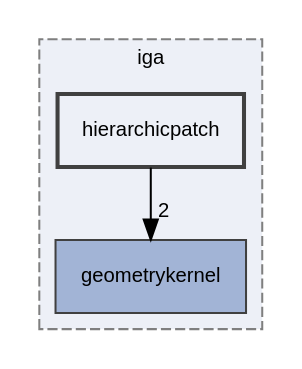
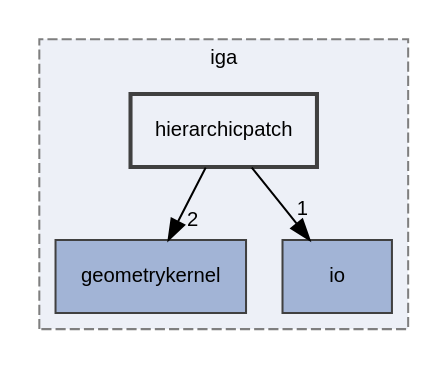
The diagram in dir_12fc9e68aad46ae2d80ba50ef1c96d76_dep.dot (rath3t/dune-iga-doc), drawn with Graphviz before and after one commit. The commit also changed 1615 other files, not shown here.

```diff
--- a/dir_12fc9e68aad46ae2d80ba50ef1c96d76_dep.dot
+++ b/dir_12fc9e68aad46ae2d80ba50ef1c96d76_dep.dot
@@ -1,13 +1,15 @@
 digraph "hierarchicpatch"
 {
  // LATEX_PDF_SIZE
   edge [fontname="Helvetica",fontsize="10",labelfontname="Helvetica",labelfontsize="10"];
   node [fontname="Helvetica",fontsize="10",shape=record];
   compound=true
   subgraph clusterdir_d2a3c23294a1b1015b1b8e8721ddded8 {
     graph [ bgcolor="#edf0f7", pencolor="grey50", style="filled,dashed,", label="iga", fontname="Helvetica", fontsize="10", URL="dir_d2a3c23294a1b1015b1b8e8721ddded8.html"]
   dir_98571e7345f7327fea7723ec1a12d870 [shape=box, label="geometrykernel", style="filled,", fillcolor="#a2b4d6", color="grey25", URL="dir_98571e7345f7327fea7723ec1a12d870.html"];
+  dir_c3ccff8517fbe337b2b8ad503c3a1590 [shape=box, label="io", style="filled,", fillcolor="#a2b4d6", color="grey25", URL="dir_c3ccff8517fbe337b2b8ad503c3a1590.html"];
   dir_12fc9e68aad46ae2d80ba50ef1c96d76 [shape=box, label="hierarchicpatch", style="filled,bold,", fillcolor="#edf0f7", color="grey25", URL="dir_12fc9e68aad46ae2d80ba50ef1c96d76.html"];
   }
   dir_12fc9e68aad46ae2d80ba50ef1c96d76->dir_98571e7345f7327fea7723ec1a12d870 [headlabel="2", labeldistance=1.5 headhref="dir_000007_000006.html"];
+  dir_12fc9e68aad46ae2d80ba50ef1c96d76->dir_c3ccff8517fbe337b2b8ad503c3a1590 [headlabel="1", labeldistance=1.5 headhref="dir_000007_000013.html"];
 }
```
